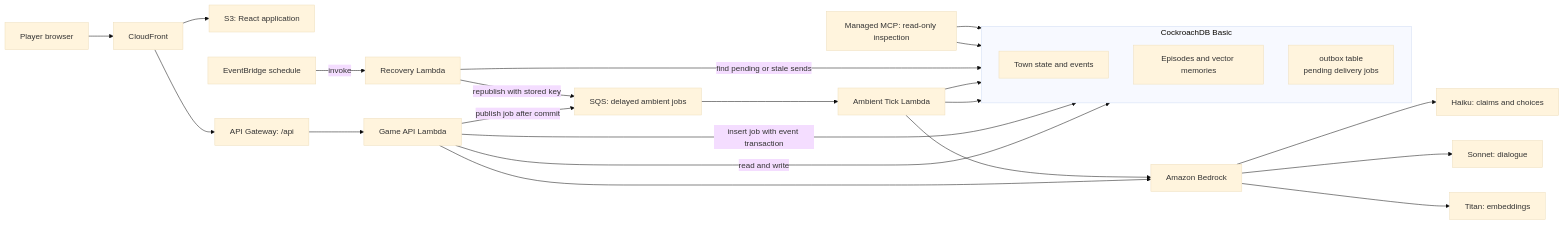
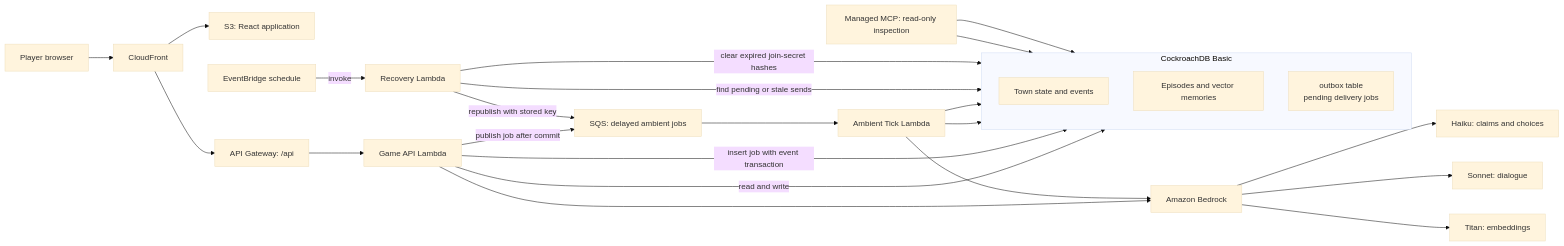
The first of 2 diagrams in docs/002-mvp-system-architecture.md (aishahsofea/the-town-remembers), drawn with Mermaid (base theme) before and after one commit. The commit also changed other lines of this file and 6 other files, not shown here.

````diff
--- a/docs/002-mvp-system-architecture.md
+++ b/docs/002-mvp-system-architecture.md
@@ -53,34 +53,35 @@
 ```mermaid
 flowchart LR
     Player["Player browser"] --> CF["CloudFront"]
     CF --> Web["S3: React application"]
     CF --> API["API Gateway: /api"]
     API --> Game["Game API Lambda"]
 
     Game --> Bedrock["Amazon Bedrock"]
     Bedrock --> Haiku["Haiku: claims and choices"]
     Bedrock --> Sonnet["Sonnet: dialogue"]
     Bedrock --> Titan["Titan: embeddings"]
 
     subgraph CRDB["CockroachDB Basic"]
         direction TB
         State["Town state and events"]
         Memory["Episodes and vector memories"]
         Outbox["outbox table<br/>pending delivery jobs"]
     end
 
     Game -->|"read and write"| State
     Game -->|"insert job with event transaction"| Outbox
     Game -->|"publish job after commit"| Queue["SQS: delayed ambient jobs"]
     Queue --> Tick["Ambient Tick Lambda"]
     Tick --> Bedrock
     Tick --> State
     Tick --> Memory
 
     EventBridge["EventBridge schedule"] -->|"invoke"| Recovery["Recovery Lambda"]
     Recovery -->|"find pending or stale sends"| Outbox
+    Recovery -->|"clear expired join-secret hashes"| State
     Recovery -->|"republish with stored key"| Queue
 
     MCP["Managed MCP: read-only inspection"] --> State
     MCP --> Memory
 ```
````
